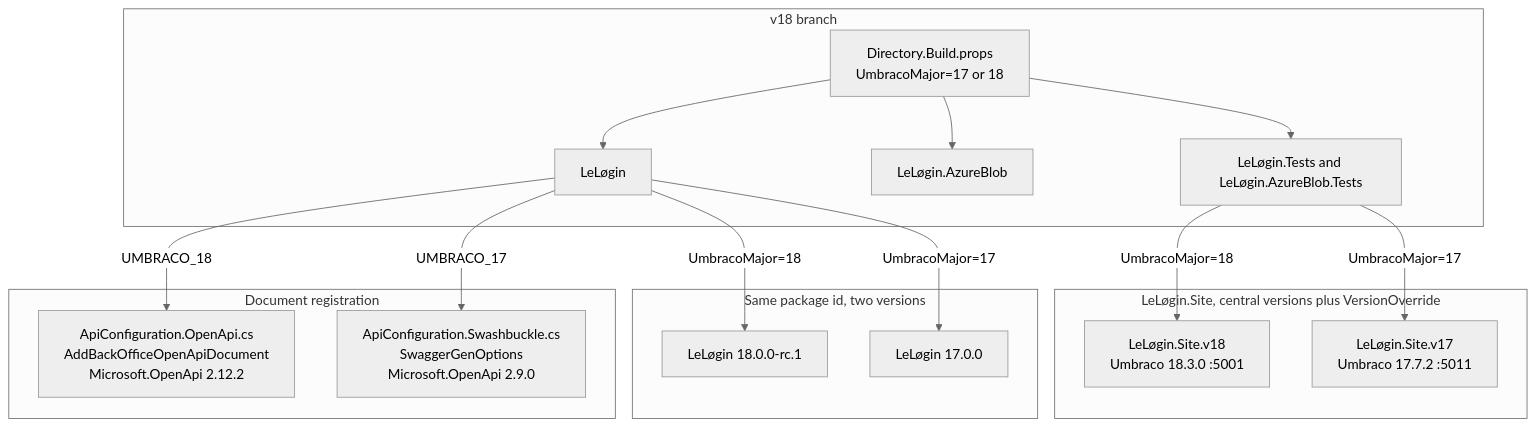
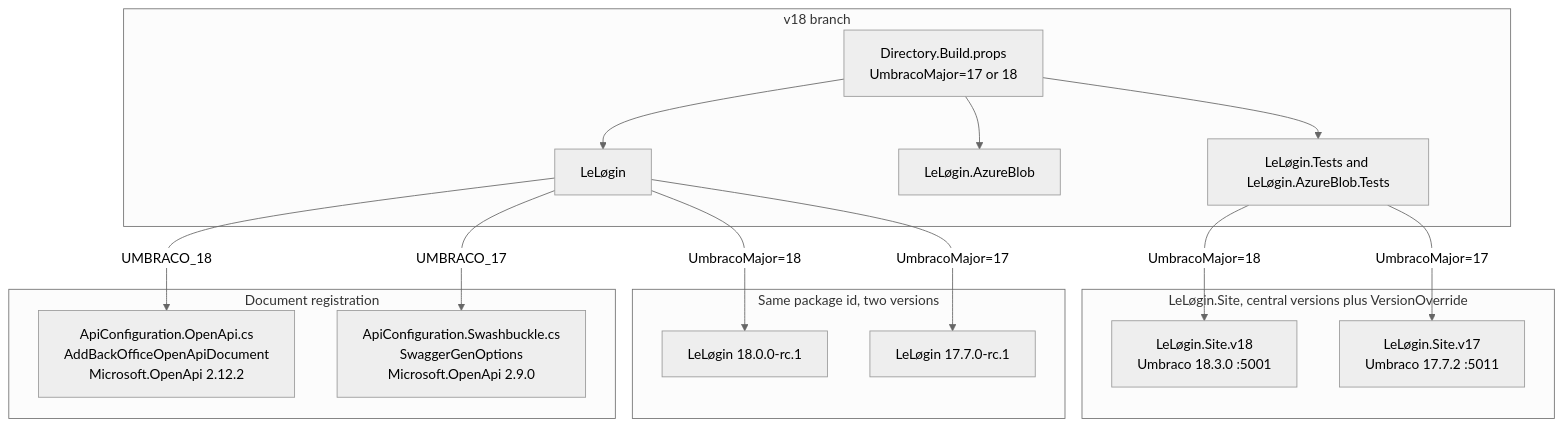
One commit to tedlindholm/LeLoegin changed the diagram in Plans/dual-version-support-v17-v18-plan.md. Above: the diagram before and after it, drawn with Mermaid (neutral theme). The commit also changed other lines of this file and 21 other files, not shown here.

````diff
--- a/Plans/dual-version-support-v17-v18-plan.md
+++ b/Plans/dual-version-support-v17-v18-plan.md
@@ -57,24 +57,24 @@
 ```mermaid
 flowchart TD
     subgraph Solution["v18 branch"]
         Props["Directory.Build.props<br/>UmbracoMajor=17 or 18"]
         Props --> Core["LeLøgin"]
         Props --> Blob["LeLøgin.AzureBlob"]
         Props --> Tests["LeLøgin.Tests and LeLøgin.AzureBlob.Tests"]
     end
 
     subgraph OpenApi["Document registration"]
         Core -->|UMBRACO_18| V18["ApiConfiguration.OpenApi.cs<br/>AddBackOfficeOpenApiDocument<br/>Microsoft.OpenApi 2.12.2"]
         Core -->|UMBRACO_17| V17["ApiConfiguration.Swashbuckle.cs<br/>SwaggerGenOptions<br/>Microsoft.OpenApi 2.9.0"]
     end
 
     subgraph Sites["LeLøgin.Site, central versions plus VersionOverride"]
         Tests -->|UmbracoMajor=18| Site18["LeLøgin.Site.v18<br/>Umbraco 18.3.0 :5001"]
         Tests -->|UmbracoMajor=17| Site17["LeLøgin.Site.v17<br/>Umbraco 17.7.2 :5011"]
     end
 
     subgraph Pack["Same package id, two versions"]
         Core -->|UmbracoMajor=18| Nupkg18["LeLøgin 18.0.0-rc.1"]
-        Core -->|UmbracoMajor=17| Nupkg17["LeLøgin 17.0.0"]
+        Core -->|UmbracoMajor=17| Nupkg17["LeLøgin 17.7.0-rc.1"]
     end
 ```
````
